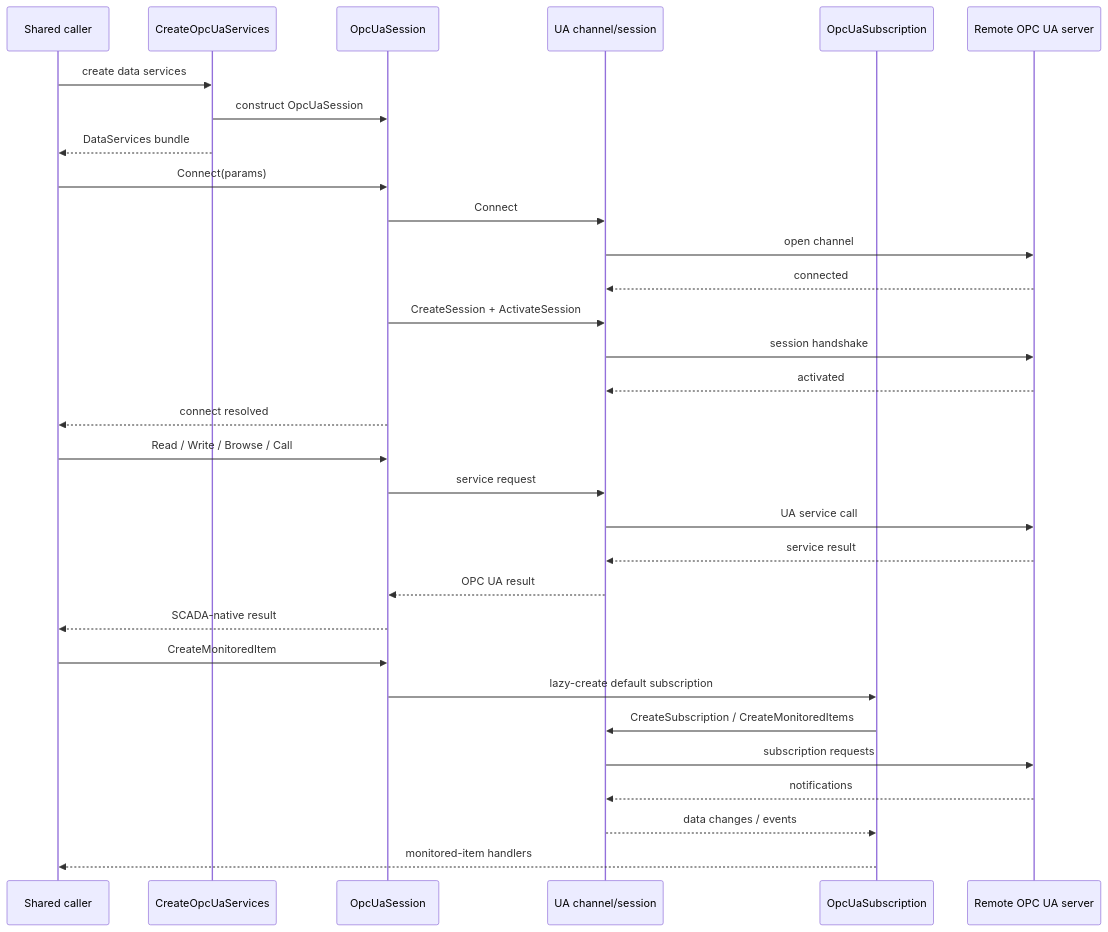
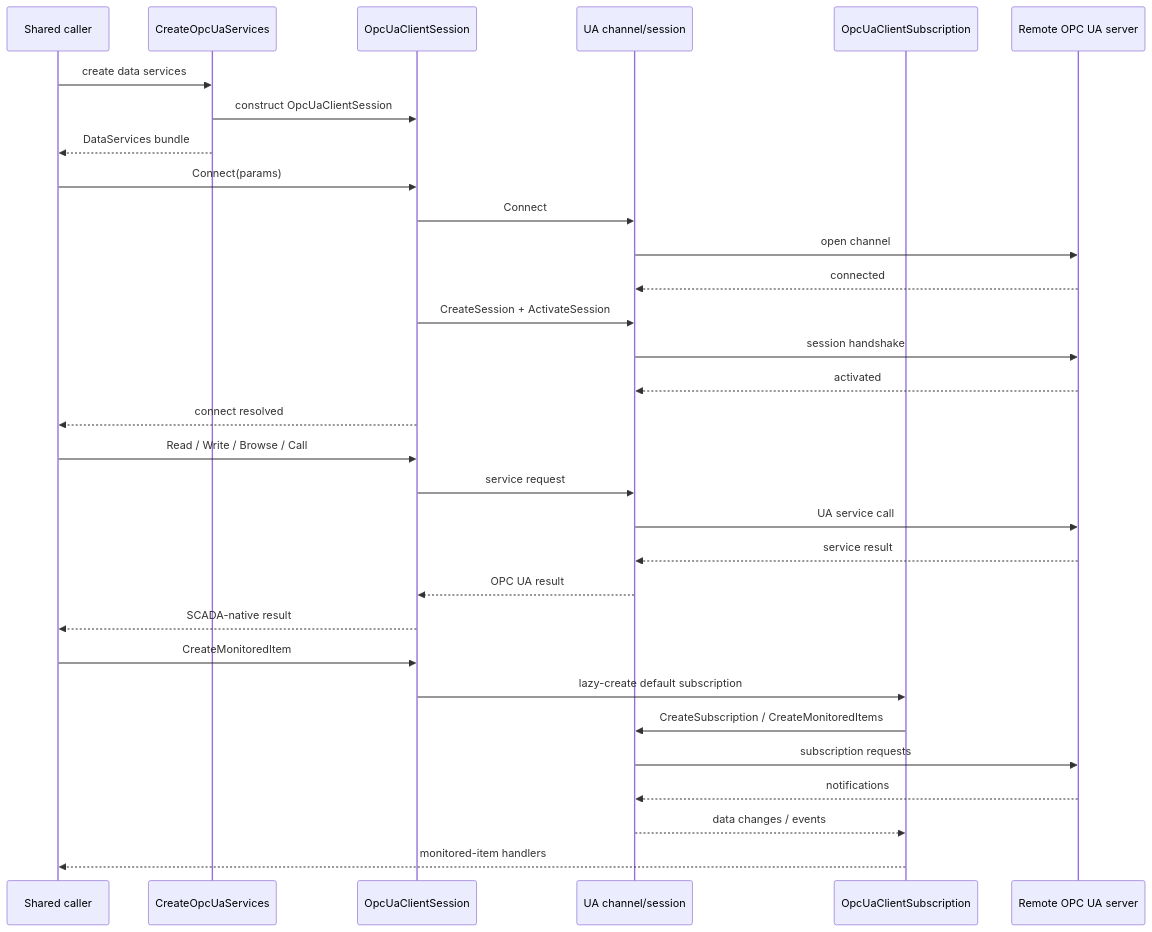
The diagram in docs/diagrams/opcua_client_session_flow.mmd (alexsmn/scada-common), drawn with Mermaid before and after one commit. The commit also changed 199 other files, not shown here.

```diff
--- a/docs/diagrams/opcua_client_session_flow.mmd
+++ b/docs/diagrams/opcua_client_session_flow.mmd
@@ -1,35 +1,35 @@
 sequenceDiagram
     participant Caller as Shared caller
     participant Factory as CreateOpcUaServices
-    participant Session as OpcUaSession
+    participant Session as OpcUaClientSession
     participant Channel as UA channel/session
-    participant Sub as OpcUaSubscription
+    participant Sub as OpcUaClientSubscription
     participant Peer as Remote OPC UA server
 
     Caller->>Factory: create data services
-    Factory->>Session: construct OpcUaSession
+    Factory->>Session: construct OpcUaClientSession
     Factory-->>Caller: DataServices bundle
 
     Caller->>Session: Connect(params)
     Session->>Channel: Connect
     Channel->>Peer: open channel
     Peer-->>Channel: connected
     Session->>Channel: CreateSession + ActivateSession
     Channel->>Peer: session handshake
     Peer-->>Channel: activated
     Session-->>Caller: connect resolved
 
     Caller->>Session: Read / Write / Browse / Call
     Session->>Channel: service request
     Channel->>Peer: UA service call
     Peer-->>Channel: service result
     Channel-->>Session: OPC UA result
     Session-->>Caller: SCADA-native result
 
     Caller->>Session: CreateMonitoredItem
     Session->>Sub: lazy-create default subscription
     Sub->>Channel: CreateSubscription / CreateMonitoredItems
     Channel->>Peer: subscription requests
     Peer-->>Channel: notifications
     Channel-->>Sub: data changes / events
     Sub-->>Caller: monitored-item handlers
```
